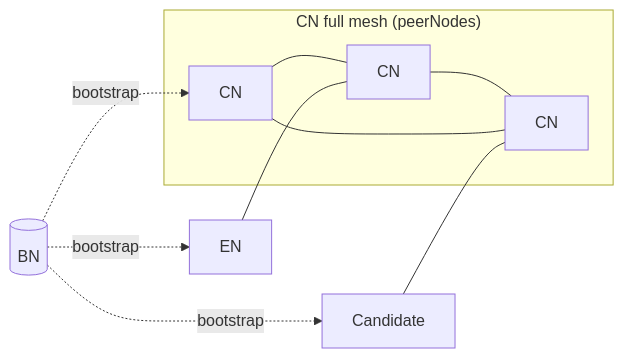
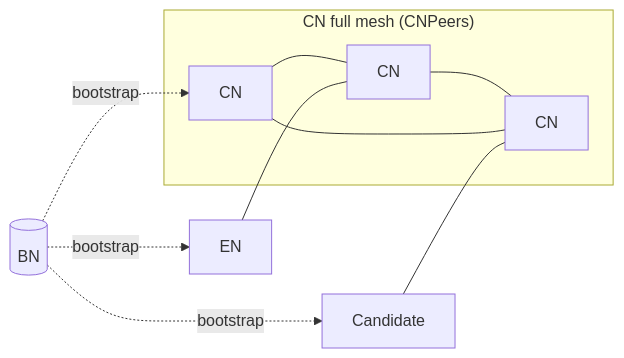
One commit to kaiachain/kips changed the diagram in KIPs/kip-311.md. Above: the diagram before and after it, drawn with Mermaid. The commit also changed other lines of this file, not shown here.

Commit message:
KIP-311: define CNPeers admission policy

````diff
--- a/KIPs/kip-311.md
+++ b/KIPs/kip-311.md
@@ -96,19 +108,19 @@
 ```mermaid
 flowchart LR
     BN[("BN")]
     EN["EN"]
     Cand["Candidate"]
-    subgraph CNmesh["CN full mesh (peerNodes)"]
+    subgraph CNmesh["CN full mesh (CNPeers)"]
         CN1["CN"]
         CN2["CN"]
         CN3["CN"]
         CN1 --- CN2
         CN2 --- CN3
         CN1 --- CN3
     end
     BN -. bootstrap .-> CN1
     BN -. bootstrap .-> EN
     BN -. bootstrap .-> Cand
     EN --- CN2
     Cand --- CN3
 ```
````
